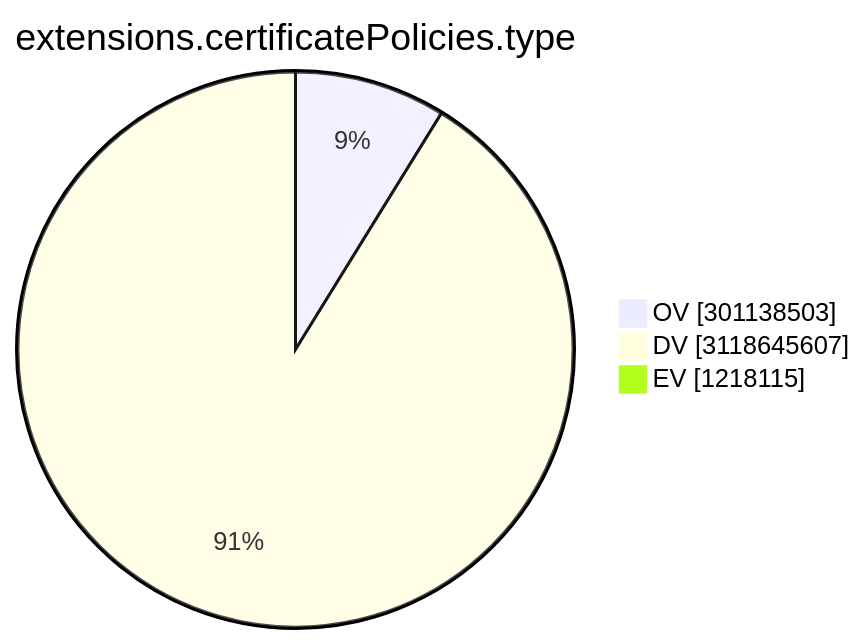
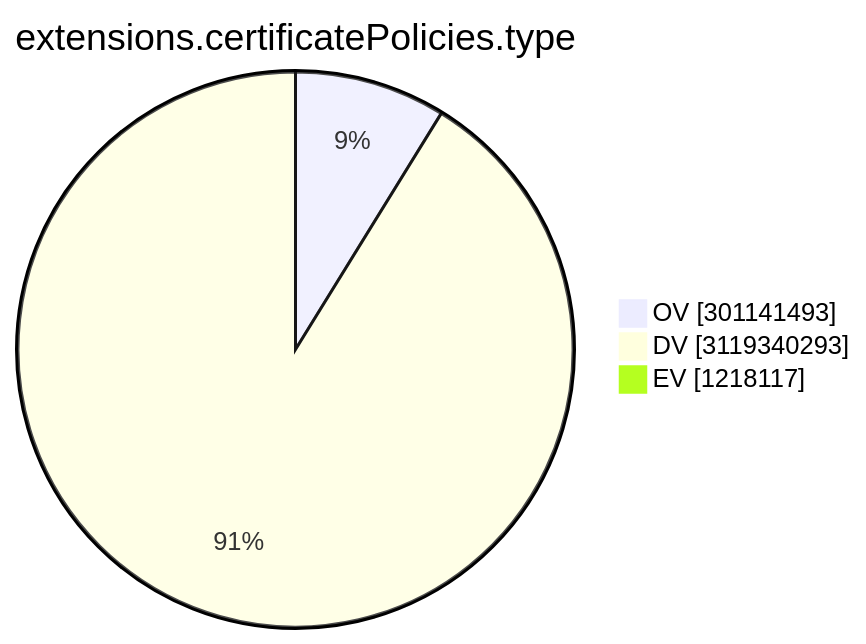
One commit to christiankrug/ctmonitor_visualization changed the ninth of 15 diagrams in TOTAL/README.md. Above: the diagram before and after it, drawn with Mermaid. The commit also changed other lines of this file, not shown here.

````diff
--- a/TOTAL/README.md
+++ b/TOTAL/README.md
@@ -3104,7 +3104,7 @@
 ```mermaid
 pie showData
 title extensions.certificatePolicies.type
-"OV" :301138503
-"DV" :3118645607
-"EV" :1218115
+"OV" :301141493
+"DV" :3119340293
+"EV" :1218117
 ```
````
